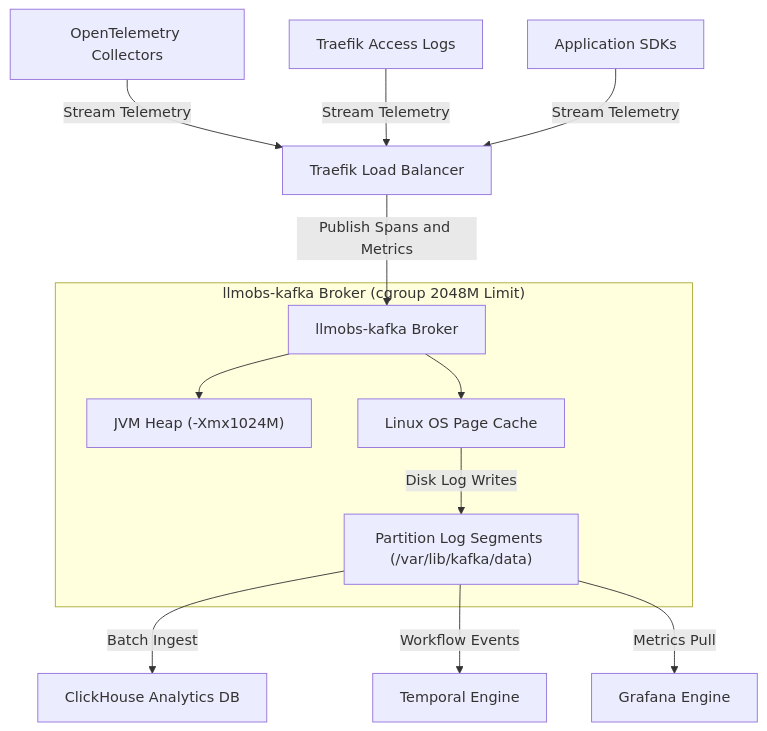
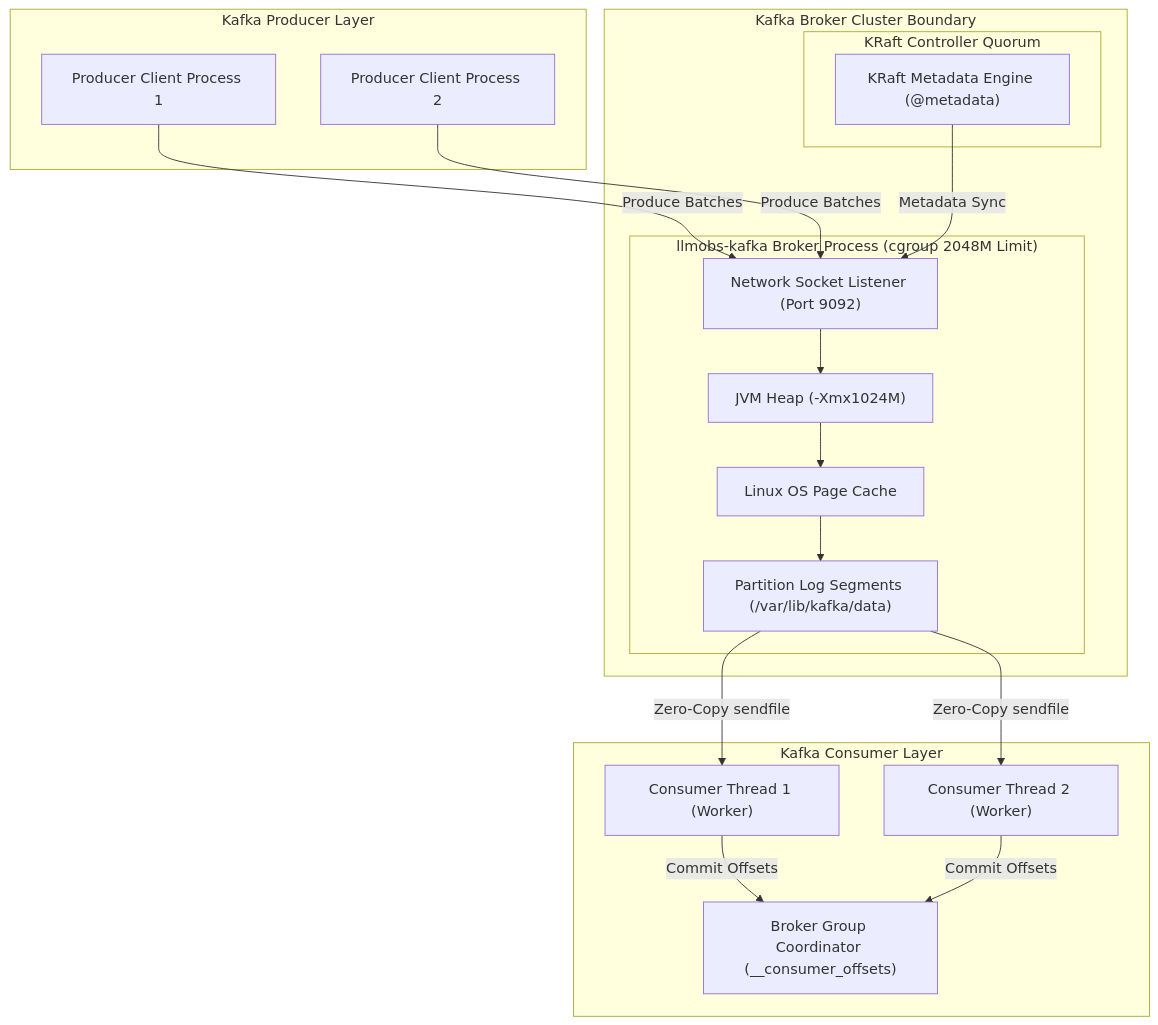
The first of 18 diagrams in docs/configDoc/kafka-configuration-guide.md (Chief-Strategist-J/llm-obs-infra), drawn with Mermaid before and after one commit. The commit also changed other lines of this file, not shown here.

Commit message:
docs(kafka): isolate diagrams to pure Kafka architecture, add topic partitioning, offset pointers, LEO, HW, and cooperative sticky rebalancing deep dives

````diff
--- a/docs/configDoc/kafka-configuration-guide.md
+++ b/docs/configDoc/kafka-configuration-guide.md
@@ -253,18 +313,39 @@
 ```mermaid
 graph TD
-    A1["OpenTelemetry Collectors"] -->|Stream Telemetry| B1["Traefik Load Balancer"]
-    A2["Traefik Access Logs"] -->|Stream Telemetry| B1
-    A3["Application SDKs"] -->|Stream Telemetry| B1
-
-    B1 -->|Publish Spans and Metrics| C1["llmobs-kafka Broker"]
-
-    subgraph KafkaClusterBoundary ["llmobs-kafka Broker (cgroup 2048M Limit)"]
-        C1 --> D1["JVM Heap (-Xmx1024M)"]
-        C1 --> E1["Linux OS Page Cache"]
-        E1 -->|Disk Log Writes| F1["Partition Log Segments (/var/lib/kafka/data)"]
+    subgraph KafkaProducerCluster ["Kafka Producer Layer"]
+        P1["Producer Client Process 1"]
+        P2["Producer Client Process 2"]
     end
 
-    F1 -->|Batch Ingest| G1["ClickHouse Analytics DB"]
-    F1 -->|Workflow Events| H1["Temporal Engine"]
-    F1 -->|Metrics Pull| I1["Grafana Engine"]
+    subgraph KafkaClusterBoundary ["Kafka Broker Cluster Boundary"]
+        subgraph BrokerCore ["llmobs-kafka Broker Process (cgroup 2048M Limit)"]
+            NetListener["Network Socket Listener (Port 9092)"]
+            JVMHeap["JVM Heap (-Xmx1024M)"]
+            PageCache["Linux OS Page Cache"]
+            LogStorage["Partition Log Segments (/var/lib/kafka/data)"]
+        end
+
+        subgraph KRaftQuorum ["KRaft Controller Quorum"]
+            KRaftEngine["KRaft Metadata Engine (@metadata)"]
+        end
+    end
+
+    subgraph KafkaConsumerCluster ["Kafka Consumer Layer"]
+        C1["Consumer Thread 1 (Worker)"]
+        C2["Consumer Thread 2 (Worker)"]
+        Coord["Broker Group Coordinator (__consumer_offsets)"]
+    end
+
+    P1 -->|Produce Batches| NetListener
+    P2 -->|Produce Batches| NetListener
+    NetListener --> JVMHeap
+    JVMHeap --> PageCache
+    PageCache --> LogStorage
+
+    KRaftEngine -->|Metadata Sync| NetListener
+
+    LogStorage -->|Zero-Copy sendfile| C1
+    LogStorage -->|Zero-Copy sendfile| C2
+    C1 -->|Commit Offsets| Coord
+    C2 -->|Commit Offsets| Coord
 ```
````
